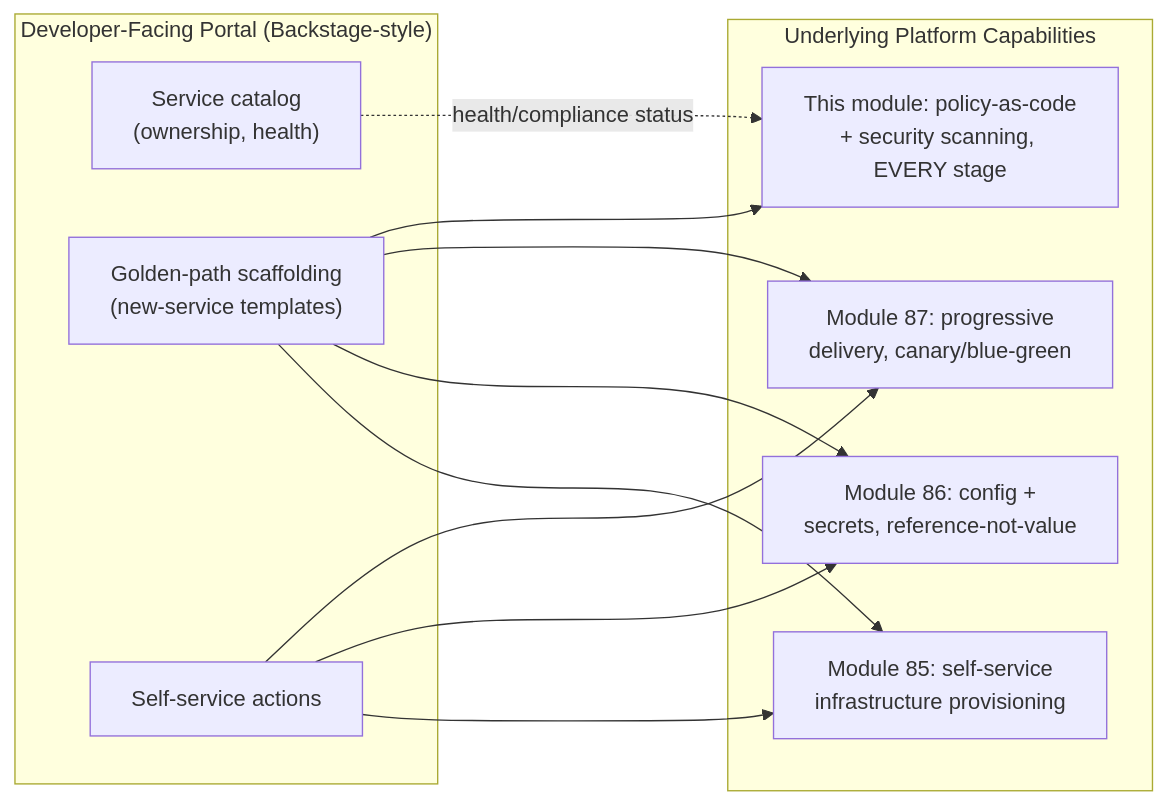
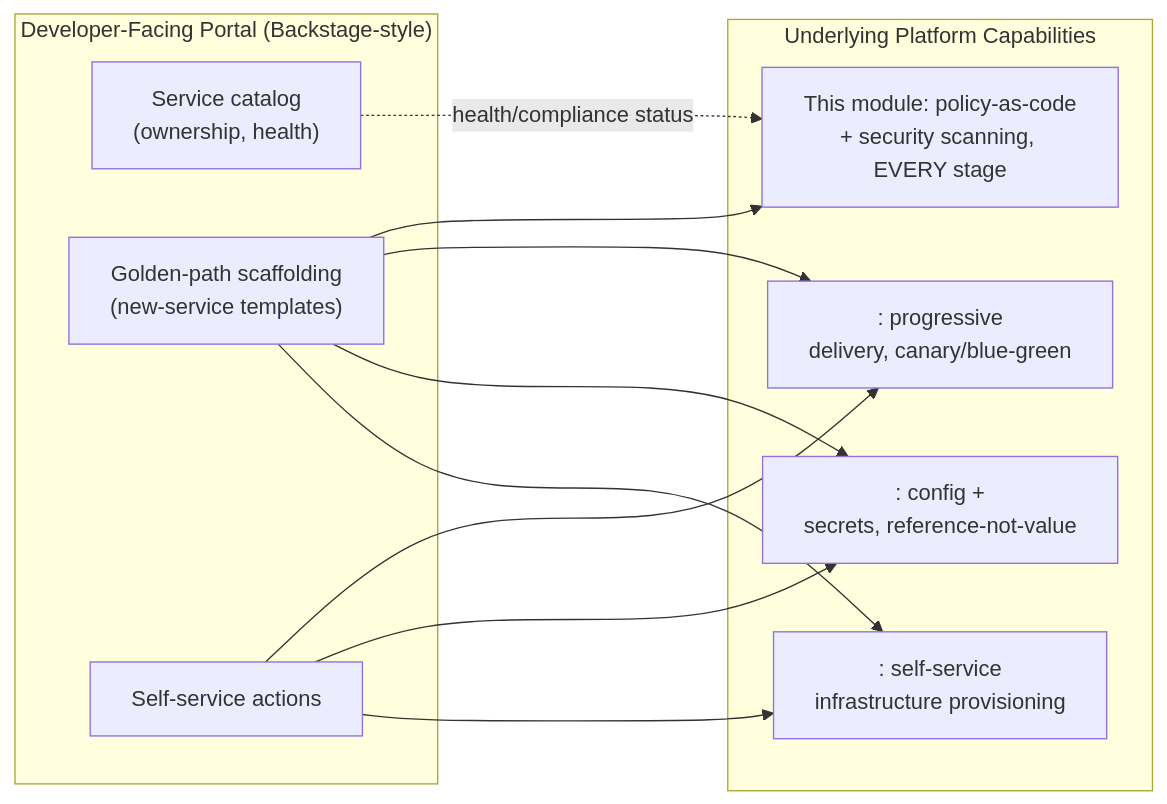
The second of 4 diagrams in 25-DevOps/04-DevSecOps-PolicyAsCode-PlatformEngineering.md (umashankarp/InterviewQuestions), drawn with Mermaid before and after one commit. The commit also changed other lines of this file and 173 other files, not shown here.

````diff
--- a/25-DevOps/04-DevSecOps-PolicyAsCode-PlatformEngineering.md
+++ b/25-DevOps/04-DevSecOps-PolicyAsCode-PlatformEngineering.md
@@ -75,23 +75,23 @@
 ```mermaid
 graph LR
-    subgraph "Developer-Facing Portal (Backstage-style)"
-        Catalog["Service catalog<br/>(ownership, health)"]
-        Scaffold["Golden-path scaffolding<br/>(new-service templates)"]
-        SelfService["Self-service actions"]
-    end
-    subgraph "Underlying Platform Capabilities"
-        IaC["Module 85: self-service<br/>infrastructure provisioning"]
-        Config["Module 86: config +<br/>secrets, reference-not-value"]
-        Delivery["Module 87: progressive<br/>delivery, canary/blue-green"]
-        Policy["This module: policy-as-code<br/>+ security scanning, EVERY stage"]
-    end
+ subgraph "Developer-Facing Portal (Backstage-style)"
+ Catalog["Service catalog<br/>(ownership, health)"]
+ Scaffold["Golden-path scaffolding<br/>(new-service templates)"]
+ SelfService["Self-service actions"]
+ end
+ subgraph "Underlying Platform Capabilities"
+ IaC[": self-service<br/>infrastructure provisioning"]
+ Config[": config +<br/>secrets, reference-not-value"]
+ Delivery[": progressive<br/>delivery, canary/blue-green"]
+ Policy["This module: policy-as-code<br/>+ security scanning, EVERY stage"]
+ end
 
-    Scaffold --> IaC
-    Scaffold --> Config
-    Scaffold --> Delivery
-    Scaffold --> Policy
-    SelfService --> IaC
-    SelfService --> Config
-    SelfService --> Delivery
-    Catalog -.->|health/compliance status| Policy
+ Scaffold --> IaC
+ Scaffold --> Config
+ Scaffold --> Delivery
+ Scaffold --> Policy
+ SelfService --> IaC
+ SelfService --> Config
+ SelfService --> Delivery
+ Catalog -.->|health/compliance status| Policy
 ```
````
